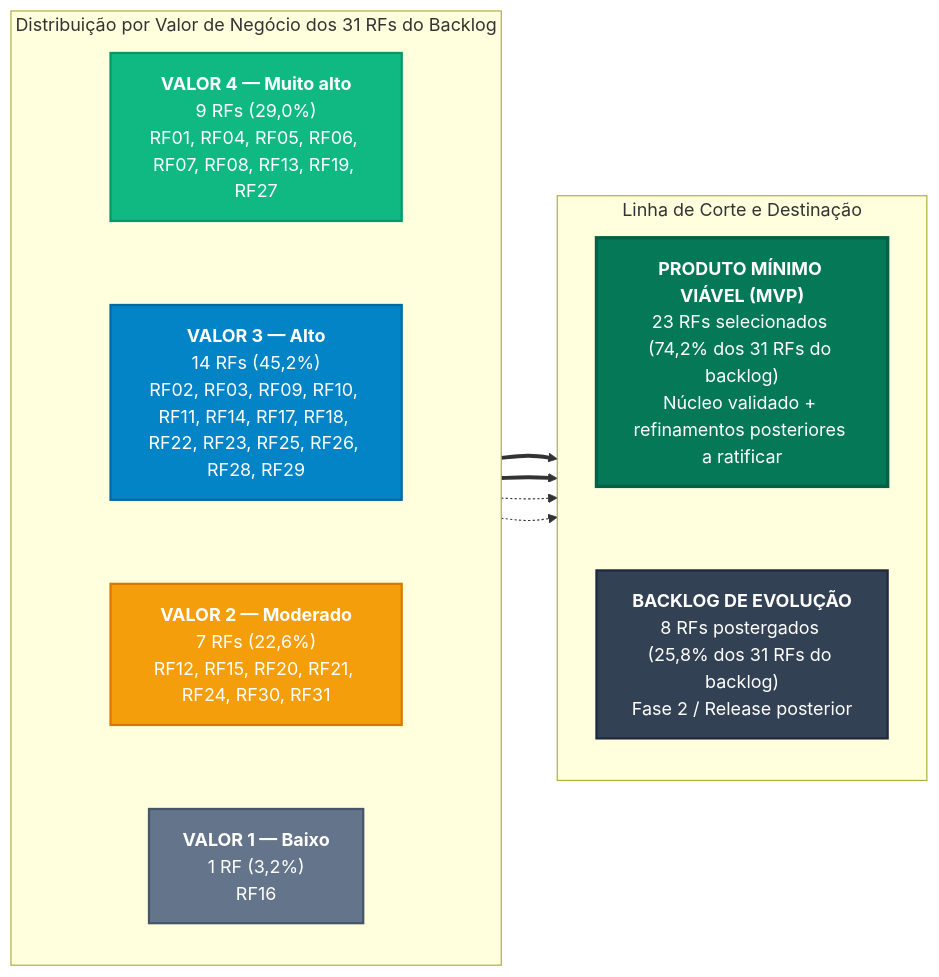
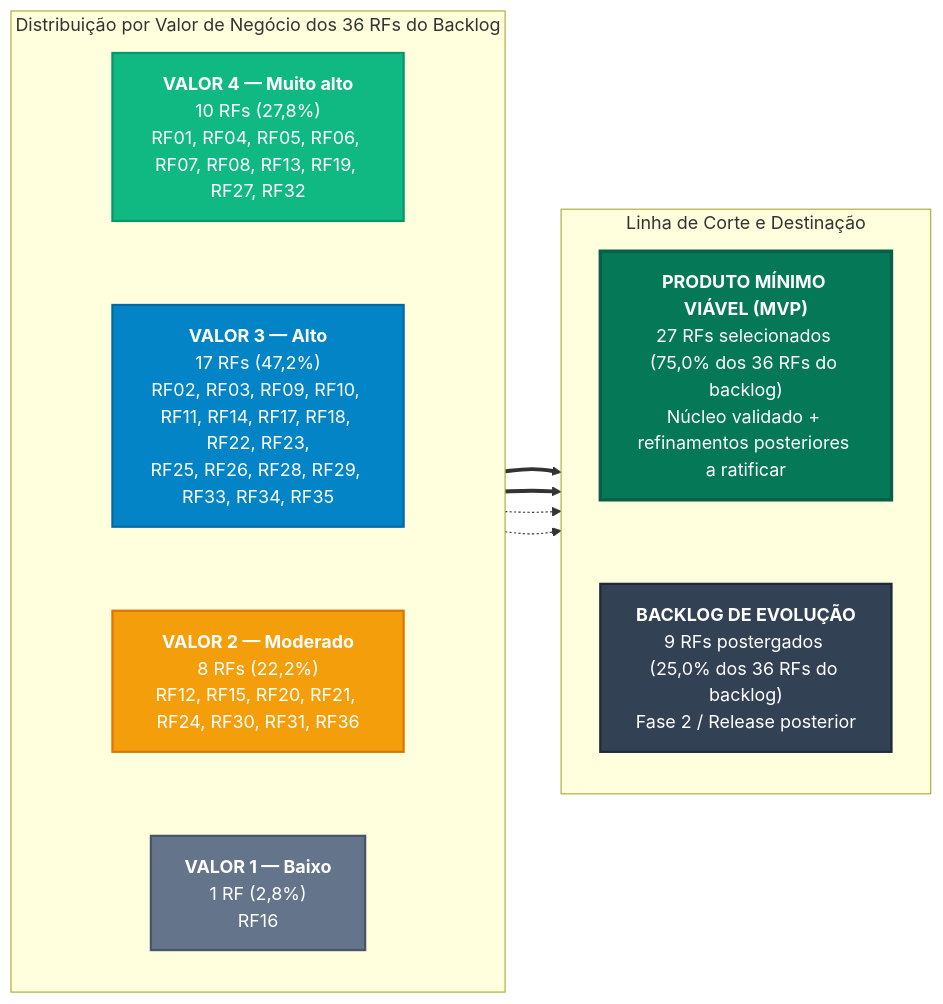
One commit to mdsreq-fga-unb/REQ-2026.2-T01-DUOC-Finance changed the first of 2 diagrams in docs/requisitos/priorizacao.md. Above: the diagram before and after it, drawn with Mermaid. The commit also changed other lines of this file and 4 other files, not shown here.

````diff
--- a/docs/requisitos/priorizacao.md
+++ b/docs/requisitos/priorizacao.md
@@ -81,39 +81,39 @@
 ```mermaid
 flowchart LR
-    subgraph NIVEIS["Distribuição por Valor de Negócio dos 31 RFs do Backlog"]
+    subgraph NIVEIS["Distribuição por Valor de Negócio dos 36 RFs do Backlog"]
         direction TB
-        V4["<b>VALOR 4 — Muito alto</b><br>9 RFs (29,0%)<br>RF01, RF04, RF05, RF06, RF07, RF08, RF13, RF19, RF27"]
-        V3["<b>VALOR 3 — Alto</b><br>14 RFs (45,2%)<br>RF02, RF03, RF09, RF10, RF11, RF14, RF17, RF18, RF22, RF23, RF25, RF26, RF28, RF29"]
-        V2["<b>VALOR 2 — Moderado</b><br>7 RFs (22,6%)<br>RF12, RF15, RF20, RF21, RF24, RF30, RF31"]
-        V1["<b>VALOR 1 — Baixo</b><br>1 RF (3,2%)<br>RF16"]
+        V4["<b>VALOR 4 — Muito alto</b><br>10 RFs (27,8%)<br>RF01, RF04, RF05, RF06, RF07, RF08, RF13, RF19, RF27, RF32"]
+        V3["<b>VALOR 3 — Alto</b><br>17 RFs (47,2%)<br>RF02, RF03, RF09, RF10, RF11, RF14, RF17, RF18, RF22, RF23,<br>RF25, RF26, RF28, RF29, RF33, RF34, RF35"]
+        V2["<b>VALOR 2 — Moderado</b><br>8 RFs (22,2%)<br>RF12, RF15, RF20, RF21, RF24, RF30, RF31, RF36"]
+        V1["<b>VALOR 1 — Baixo</b><br>1 RF (2,8%)<br>RF16"]
         V4 ~~~ V3
         V3 ~~~ V2
         V2 ~~~ V1
     end
 
     subgraph DEST["Linha de Corte e Destinação"]
         direction TB
-        MVP["<b>PRODUTO MÍNIMO VIÁVEL (MVP)</b><br>23 RFs selecionados (74,2% dos 31 RFs do backlog)<br>Núcleo validado + refinamentos posteriores a ratificar"]
-        POST["<b>BACKLOG DE EVOLUÇÃO</b><br>8 RFs postergados (25,8% dos 31 RFs do backlog)<br>Fase 2 / Release posterior"]
+        MVP["<b>PRODUTO MÍNIMO VIÁVEL (MVP)</b><br>27 RFs selecionados (75,0% dos 36 RFs do backlog)<br>Núcleo validado + refinamentos posteriores a ratificar"]
+        POST["<b>BACKLOG DE EVOLUÇÃO</b><br>9 RFs postergados (25,0% dos 36 RFs do backlog)<br>Fase 2 / Release posterior"]
         MVP ~~~ POST
     end
 
     V4 ==> MVP
     V3 ==> MVP
     V2 -.-> POST
     V1 -.-> POST
 
     classDef v4Class fill:#10b981,stroke:#059669,stroke-width:2px,color:#ffffff;
     classDef v3Class fill:#0284c7,stroke:#0369a1,stroke-width:2px,color:#ffffff;
     classDef v2Class fill:#f59e0b,stroke:#d97706,stroke-width:2px,color:#ffffff;
     classDef v1Class fill:#64748b,stroke:#475569,stroke-width:2px,color:#ffffff;
     classDef mvpClass fill:#047857,stroke:#065f46,stroke-width:3px,color:#ffffff;
     classDef postClass fill:#334155,stroke:#1e293b,stroke-width:2px,color:#ffffff;
 
     class V4 v4Class;
     class V3 v3Class;
     class V2 v2Class;
     class V1 v1Class;
     class MVP mvpClass;
     class POST postClass;
 ```
````
